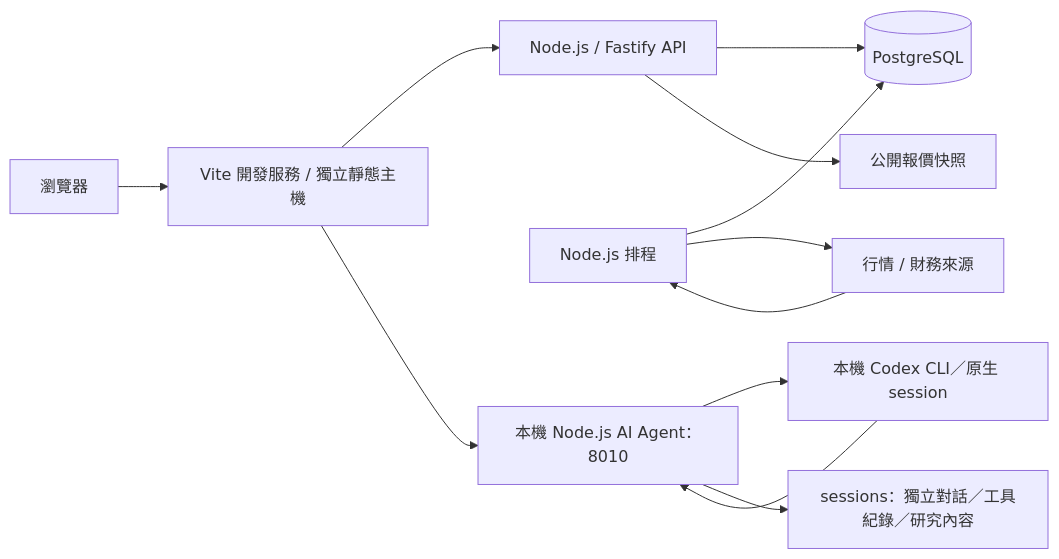
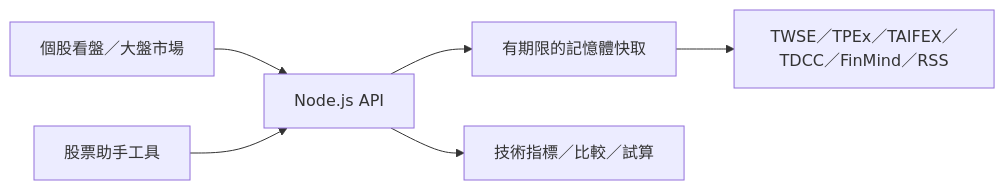
Before and after one commit to LueZero/TWStock-Coach: the diagram in README.md, drawn with Mermaid. The commit also changed other lines of this file and 62 other files, not shown here.

````diff
--- a/README.md
+++ b/README.md
@@ -201,14 +35,8 @@
 ```mermaid
 flowchart LR
-  Browser[瀏覽器] --> Web[Vite 開發服務 / 獨立靜態主機]
-  Web --> API[Node.js / Fastify API]
-  API --> DB[(PostgreSQL)]
-  Scheduler[Node.js 排程] --> DB
-  Scheduler --> Sources[行情 / 財務來源]
-  Sources --> Scheduler
-  API --> Quotes[公開報價快照]
-  Web --> Agent[本機 Node.js AI Agent：8010]
-  Agent --> CLI[本機 Codex CLI／原生 session]
-  CLI --> Agent
-  Agent --> Sessions[sessions：獨立對話／工具紀錄／研究內容]
+  Web[個股看盤／大盤市場] --> API[Node.js API]
+  Agent[股票助手工具] --> API
+  API --> RAM[有期限的記憶體快取]
+  RAM --> Sources[TWSE／TPEx／TAIFEX／TDCC／FinMind／RSS]
+  API --> Compute[技術指標／比較／試算]
 ```
````
